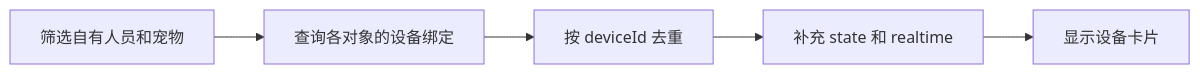
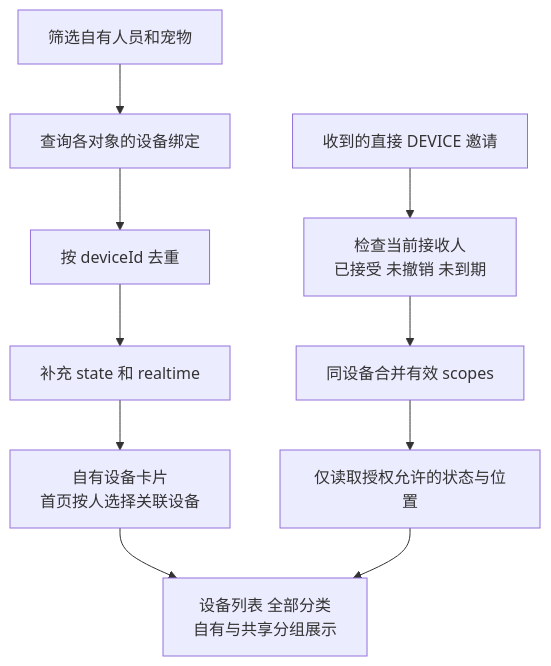
The diagram in guides/device-list-flow.mmd (jarLiao/eview-connect-c-app-prototype), drawn with Mermaid before and after one commit. The commit also changed 41 other files, not shown here.

```diff
--- a/guides/device-list-flow.mmd
+++ b/guides/device-list-flow.mmd
@@ -1,5 +1,10 @@
-flowchart LR
+flowchart TD
     A[筛选自有人员和宠物] --> B[查询各对象的设备绑定]
     B --> C[按 deviceId 去重]
     C --> D[补充 state 和 realtime]
-    D --> E[显示设备卡片]
+    D --> E[自有设备卡片<br/>首页按人选择关联设备]
+    F[收到的直接 DEVICE 邀请] --> G[检查当前接收人<br/>已接受 未撤销 未到期]
+    G --> H[同设备合并有效 scopes]
+    H --> I[仅读取授权允许的状态与位置]
+    E --> J[设备列表 全部分类<br/>自有与共享分组展示]
+    I --> J
```
